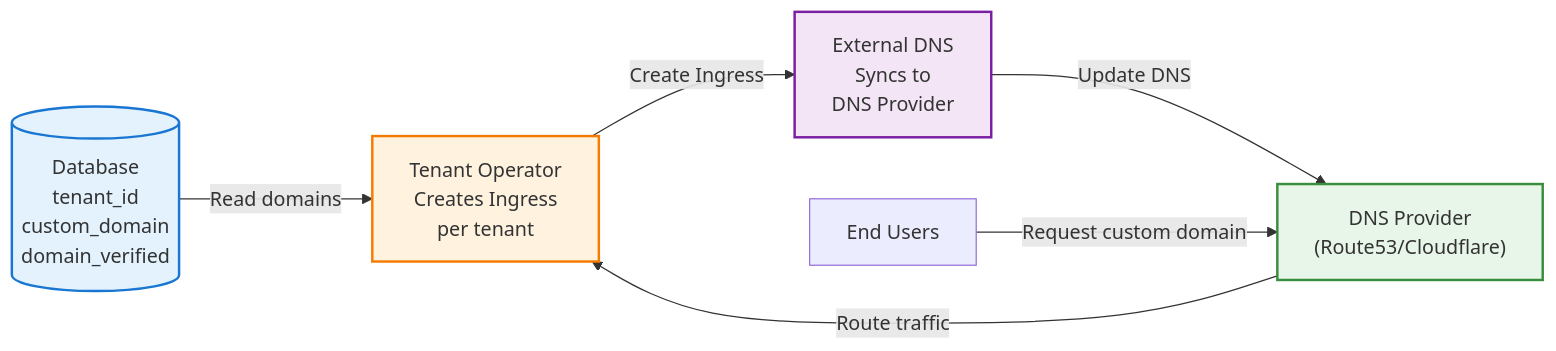
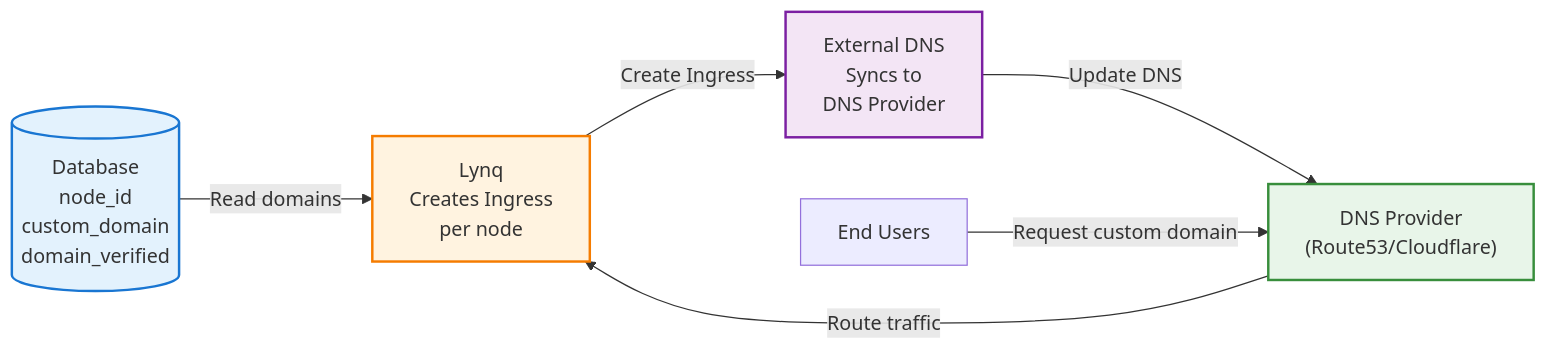
The diagram in docs/use-case-custom-domains.md (kubernetes-tenants/tenant-operator), drawn with Mermaid before and after one commit. The commit also changed other lines of this file and 203 other files, not shown here.

First line of the commit message:
refactor: Complete rename from tenant-operator to lynq

````diff
--- a/docs/use-case-custom-domains.md
+++ b/docs/use-case-custom-domains.md
@@ -15,23 +19,23 @@
 ```mermaid
 flowchart LR
-    DB[("Database<br/>tenant_id<br/>custom_domain<br/>domain_verified")]
+    DB[("Database<br/>node_id<br/>custom_domain<br/>domain_verified")]
 
-    TO["Tenant Operator<br/>Creates Ingress<br/>per tenant"]
+    TO["Lynq<br/>Creates Ingress<br/>per node"]
 
     ED["External DNS<br/>Syncs to<br/>DNS Provider"]
 
     DNS["DNS Provider<br/>(Route53/Cloudflare)"]
 
     User["End Users"]
 
     DB -->|Read domains| TO
     TO -->|Create Ingress| ED
     ED -->|Update DNS| DNS
     User -->|Request custom domain| DNS
     DNS -->|Route traffic| TO
 
     style DB fill:#e3f2fd,stroke:#1976d2,stroke-width:2px
     style TO fill:#fff3e0,stroke:#f57c00,stroke-width:2px
     style ED fill:#f3e5f5,stroke:#7b1fa2,stroke-width:2px
     style DNS fill:#e8f5e9,stroke:#388e3c,stroke-width:2px
 ```
````
